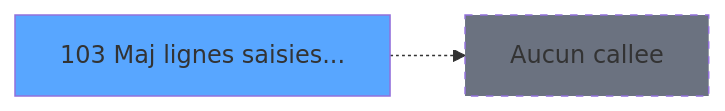
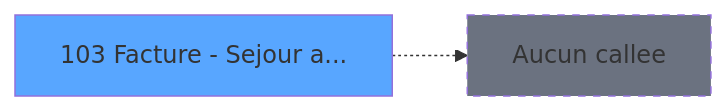
Before and after one commit to thonyAGP/lecteur-magic: the third of 3 diagrams in .openspec/specs/ADH-IDE-103.md, drawn with Mermaid. The commit also changed other lines of this file and 33 other files, not shown here.

````diff
--- a/.openspec/specs/ADH-IDE-103.md
+++ b/.openspec/specs/ADH-IDE-103.md
@@ -210,8 +252,8 @@
 ```mermaid
 graph LR
-    T103[103 Maj lignes saisies...]
+    T103[103 Facture - Sejour a...]
     style T103 fill:#58a6ff
     NONE[Aucun callee]
     T103 -.-> NONE
     style NONE fill:#6b7280,stroke-dasharray: 5 5
 ```
````
